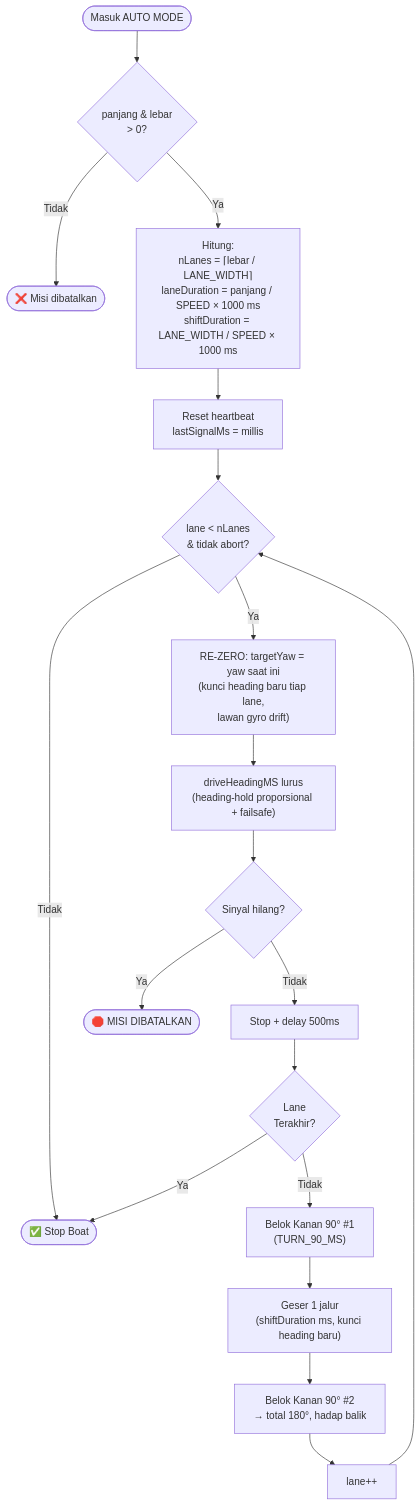
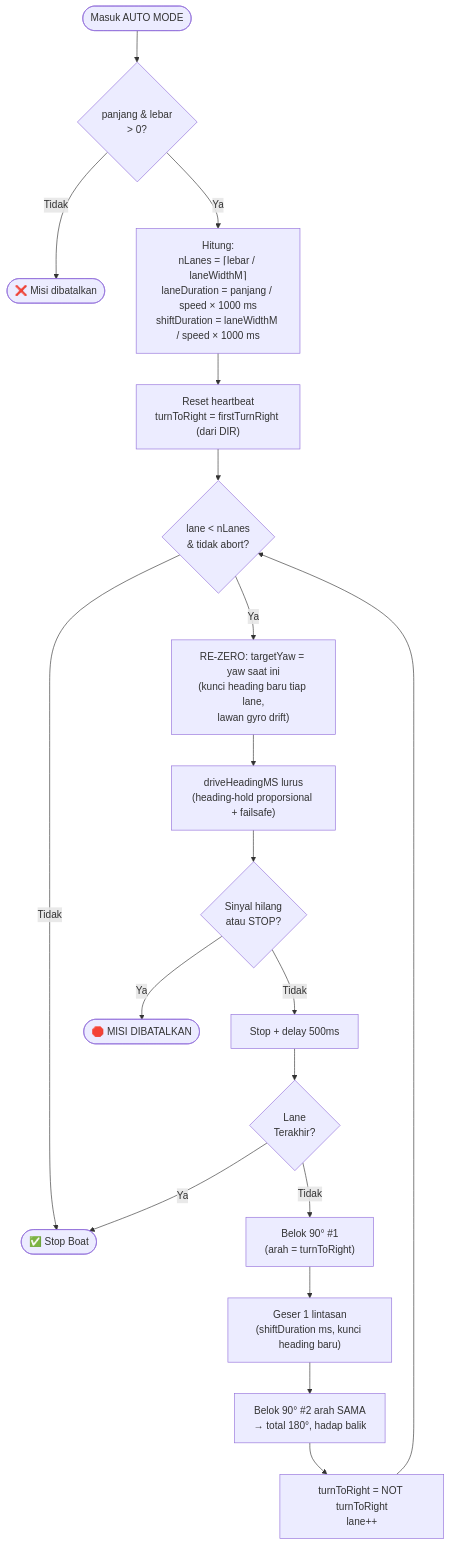
One commit to Xhorn7/Skripsi-PENGEMBANGAN-ROBOT-AKUATIK-UNTUK-FEEDER-OTOMATIS-DI-TAMBAK changed the fourth of 6 diagrams in flowchart.md. Above: the diagram before and after it, drawn with Mermaid. The commit also changed other lines of this file and 10 other files, not shown here.

Commit message:
Update readme, flowchart documentation

````diff
--- a/flowchart.md
+++ b/flowchart.md
@@ -83,25 +99,25 @@
 ```mermaid
 flowchart TD
-    ENTRY([Masuk AUTO MODE]) --> VALID{"panjang & lebar\n> 0?"}
+    ENTRY([Masuk AUTO MODE]) --> VALID{"panjang & lebar<br/>> 0?"}
     VALID -- Tidak --> CANCEL([❌ Misi dibatalkan])
-    VALID -- Ya --> CALC["Hitung:\nnLanes = ⌈lebar / LANE_WIDTH⌉\nlaneDuration = panjang / SPEED × 1000 ms\nshiftDuration = LANE_WIDTH / SPEED × 1000 ms"]
-    CALC --> HB[Reset heartbeat\nlastSignalMs = millis]
-    HB --> LOOP{lane < nLanes\n& tidak abort?}
+    VALID -- Ya --> CALC["Hitung:<br/>nLanes = ⌈lebar / laneWidthM⌉<br/>laneDuration = panjang / speed × 1000 ms<br/>shiftDuration = laneWidthM / speed × 1000 ms"]
+    CALC --> HB["Reset heartbeat<br/>turnToRight = firstTurnRight (dari DIR)"]
+    HB --> LOOP{"lane < nLanes<br/>& tidak abort?"}
 
     LOOP -- Tidak --> STOP([✅ Stop Boat])
 
-    LOOP -- Ya --> REZERO["RE-ZERO: targetYaw = yaw saat ini\n(kunci heading baru tiap lane,\nlawan gyro drift)"]
-    REZERO --> DRIVE["driveHeadingMS lurus\n(heading-hold proporsional + failsafe)"]
-    DRIVE --> ABORT1{Sinyal hilang?}
+    LOOP -- Ya --> REZERO["RE-ZERO: targetYaw = yaw saat ini<br/>(kunci heading baru tiap lane,<br/>lawan gyro drift)"]
+    REZERO --> DRIVE["driveHeadingMS lurus<br/>(heading-hold proporsional + failsafe)"]
+    DRIVE --> ABORT1{Sinyal hilang<br/>atau STOP?}
     ABORT1 -- Ya --> ABORTED([🛑 MISI DIBATALKAN])
     ABORT1 -- Tidak --> PAUSE1[Stop + delay 500ms]
 
-    PAUSE1 --> LASTLANE{Lane\nTerakhir?}
+    PAUSE1 --> LASTLANE{Lane<br/>Terakhir?}
     LASTLANE -- Ya --> STOP
 
-    LASTLANE -- Tidak --> T1["Belok Kanan 90° #1\n(TURN_90_MS)"]
-    T1 --> SHIFT["Geser 1 jalur\n(shiftDuration ms, kunci heading baru)"]
-    SHIFT --> T2["Belok Kanan 90° #2\n→ total 180°, hadap balik"]
-    T2 --> INC[lane++]
-    INC --> LOOP
+    LASTLANE -- Tidak --> T1["Belok 90° #1<br/>(arah = turnToRight)"]
+    T1 --> SHIFT["Geser 1 lintasan<br/>(shiftDuration ms, kunci heading baru)"]
+    SHIFT --> T2["Belok 90° #2 arah SAMA<br/>→ total 180°, hadap balik"]
+    T2 --> FLIP["turnToRight = NOT turnToRight<br/>lane++"]
+    FLIP --> LOOP
 ```
````
